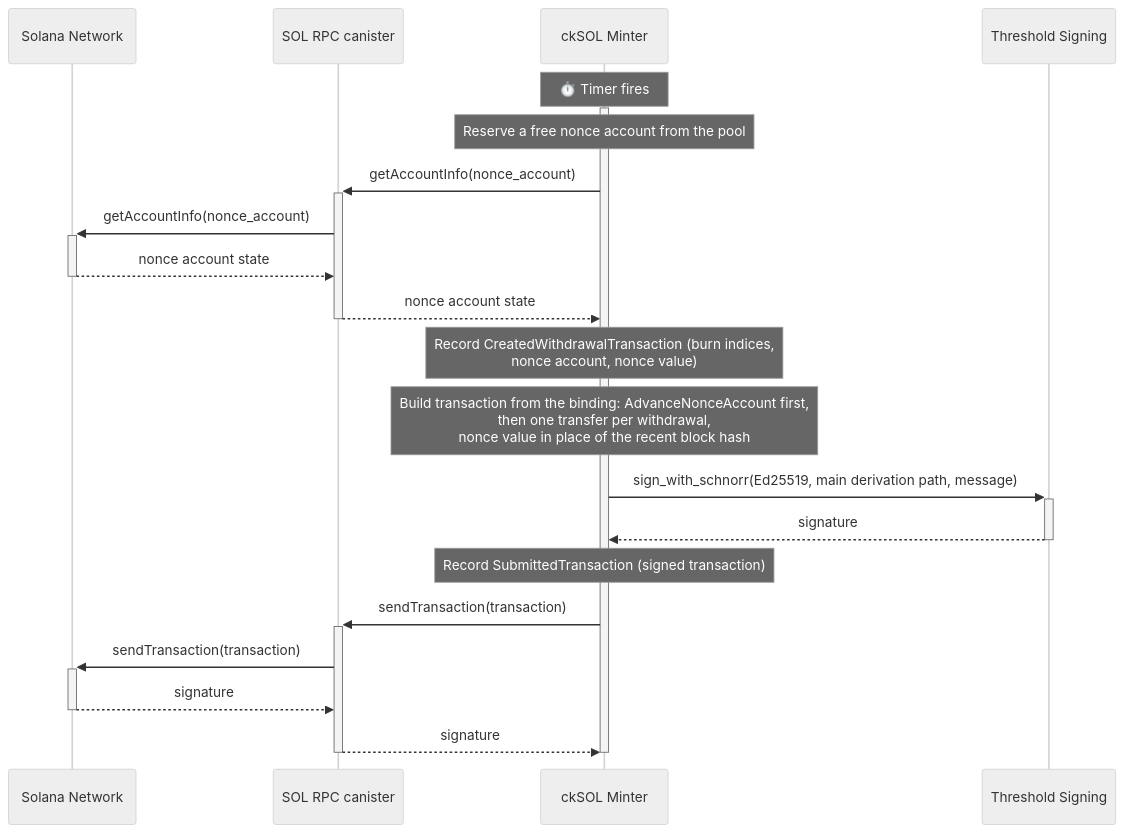
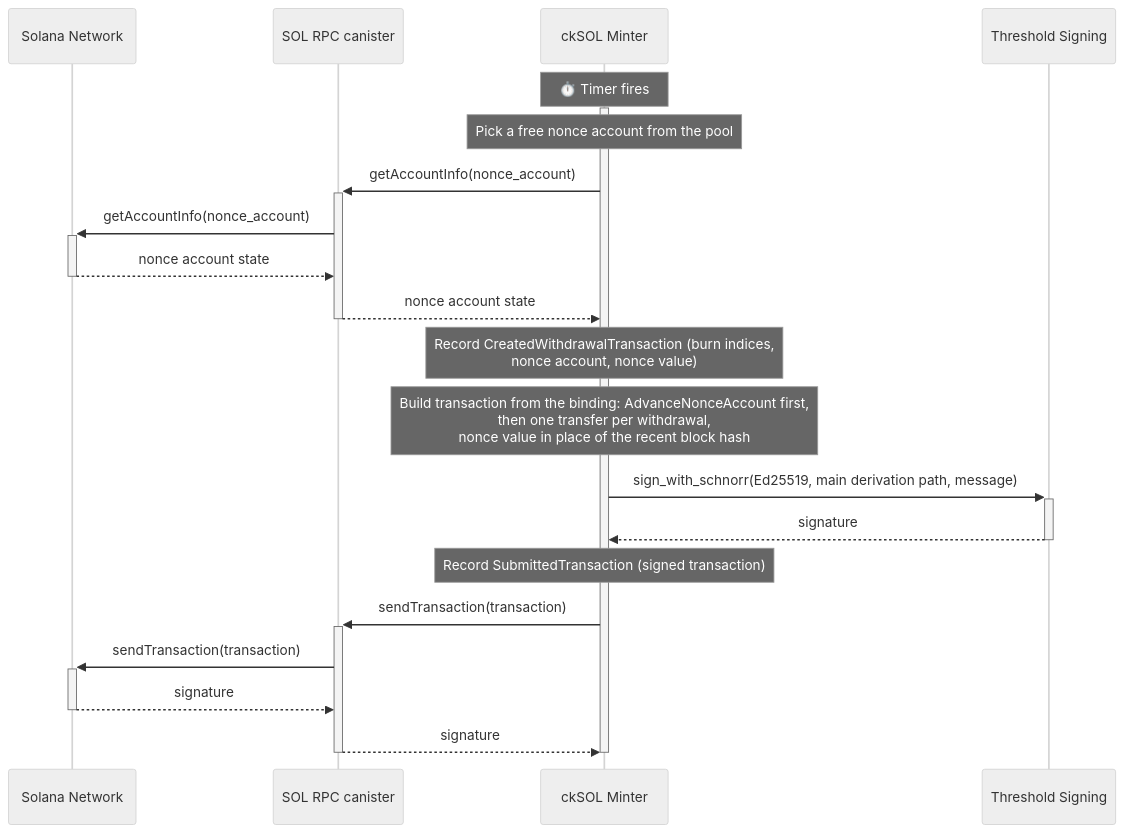
Before and after one commit to dfinity/cksol: the sixth of 8 diagrams in docs/design.md, drawn with Mermaid (neutral theme). The commit also changed other lines of this file and 6 other files, not shown here.

Commit message:
refactor(minter): drop the transient Reserved state of nonce accounts

````diff
--- a/docs/design.md
+++ b/docs/design.md
@@ -536,25 +536,25 @@
 ```mermaid
 sequenceDiagram
     participant Solana as Solana Network
     participant RPC as SOL RPC canister
     participant Minter as ckSOL Minter
     participant Signer as Threshold Signing
 
     Note over Minter: ⏱️ Timer fires
     activate Minter
-    Note over Minter: Reserve a free nonce account from the pool
+    Note over Minter: Pick a free nonce account from the pool
     Minter->>+RPC: getAccountInfo(nonce_account)
     RPC->>+Solana: getAccountInfo(nonce_account)
     Solana-->>-RPC: nonce account state
     RPC-->>-Minter: nonce account state
     Note over Minter: Record CreatedWithdrawalTransaction (burn indices,<br/>nonce account, nonce value)
     Note over Minter: Build transaction from the binding: AdvanceNonceAccount first,<br/>then one transfer per withdrawal,<br/>nonce value in place of the recent block hash
     Minter->>+Signer: sign_with_schnorr(Ed25519, main derivation path, message)
     Signer-->>-Minter: signature
     Note over Minter: Record SubmittedTransaction (signed transaction)
     Minter->>+RPC: sendTransaction(transaction)
     RPC->>+Solana: sendTransaction(transaction)
     Solana-->>-RPC: signature
     RPC-->>-Minter: signature
     deactivate Minter
 ```
````
